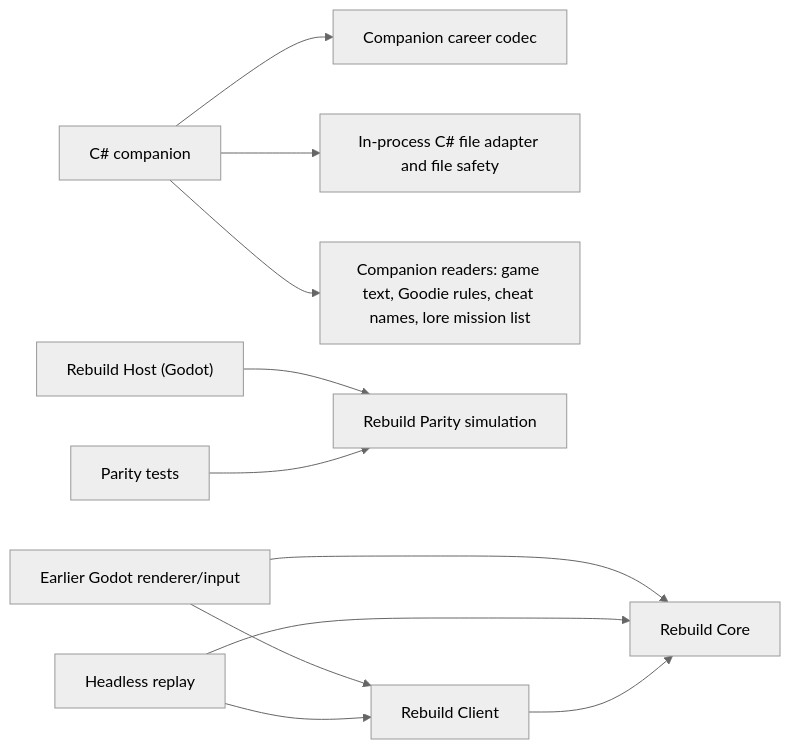
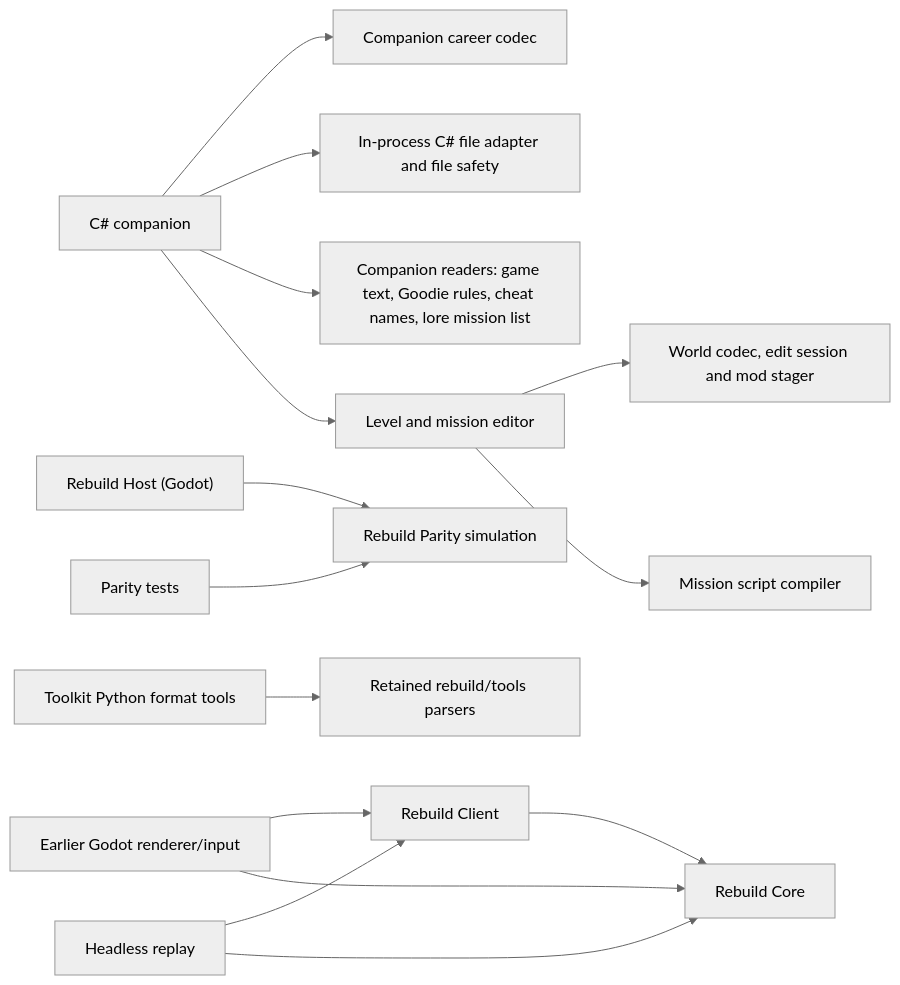
One commit to dlprentice/Onslaught-Career-Editor changed the diagram in PROJECT-INDEX.md. Above: the diagram before and after it, drawn with Mermaid (neutral theme). The commit also changed other lines of this file and 4 other files, not shown here.

````diff
--- a/PROJECT-INDEX.md
+++ b/PROJECT-INDEX.md
@@ -21,13 +22,17 @@
 ```mermaid
 flowchart LR
     T["C# companion"] --> D["Companion career codec"]
     T --> B["In-process C# file adapter and file safety"]
     T --> L["Companion readers: game text, Goodie rules, cheat names, lore mission list"]
+    T --> E["Level and mission editor"]
+    E --> W["World codec, edit session and mod stager"]
+    E --> M["Mission script compiler"]
     HO["Rebuild Host (Godot)"] --> P["Rebuild Parity simulation"]
     PT["Parity tests"] --> P
     G["Earlier Godot renderer/input"] --> RC["Rebuild Client"]
     G --> RCore["Rebuild Core"]
     H["Headless replay"] --> RC
     H --> RCore
     RC --> RCore
+    PY["Toolkit Python format tools"] --> RP["Retained rebuild/tools parsers"]
 ```
````
